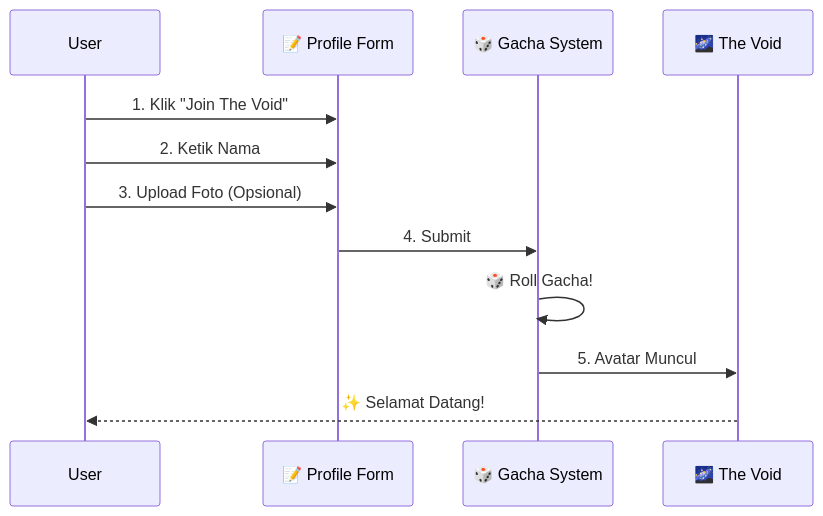
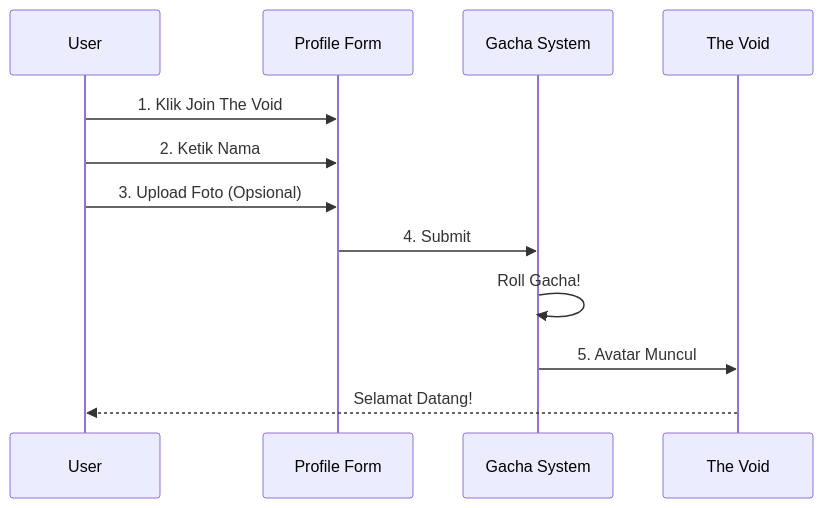
One commit to Marvx-US/AsahMemory changed the second of 5 diagrams in README.md. Above: the diagram before and after it, drawn with Mermaid. The commit also changed other lines of this file, not shown here.

````diff
--- a/README.md
+++ b/README.md
@@ -104,15 +104,15 @@
 ```mermaid
 sequenceDiagram
     participant User
-    participant Form as 📝 Profile Form
-    participant System as 🎲 Gacha System
-    participant Void as 🌌 The Void
+    participant Form as Profile Form
+    participant System as Gacha System
+    participant Void as The Void
     
-    User->>Form: 1. Klik "Join The Void"
+    User->>Form: 1. Klik Join The Void
     User->>Form: 2. Ketik Nama
     User->>Form: 3. Upload Foto (Opsional)
     Form->>System: 4. Submit
-    System->>System: 🎲 Roll Gacha!
+    System->>System: Roll Gacha!
     System->>Void: 5. Avatar Muncul
-    Void-->>User: ✨ Selamat Datang!
+    Void-->>User: Selamat Datang!
 ```
````
